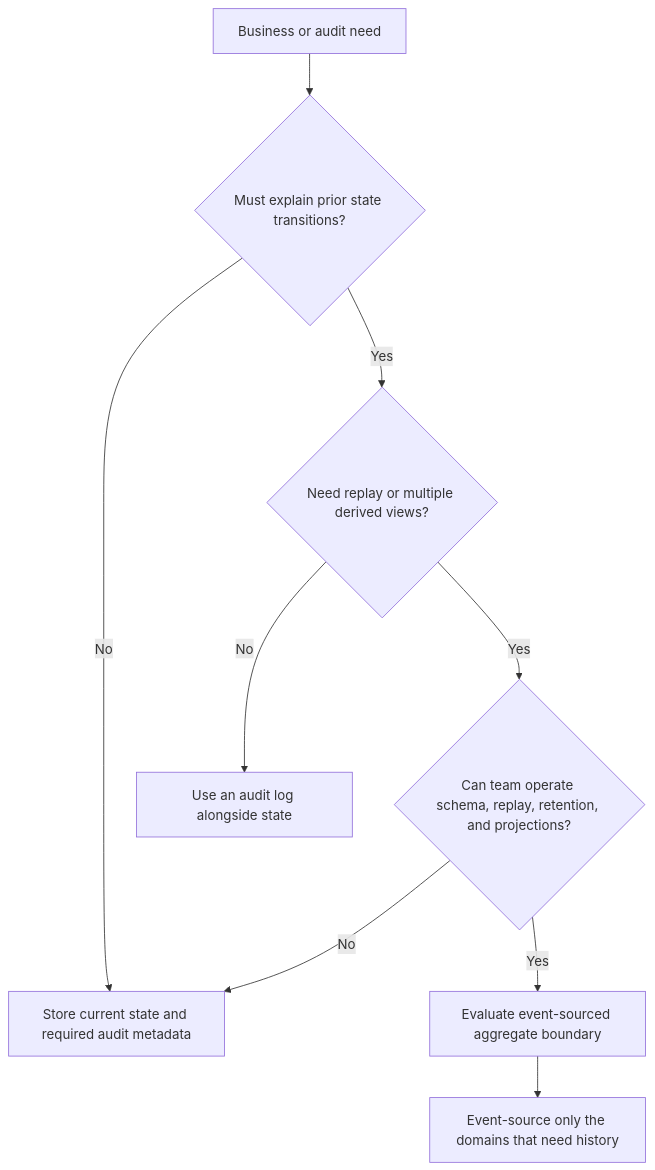
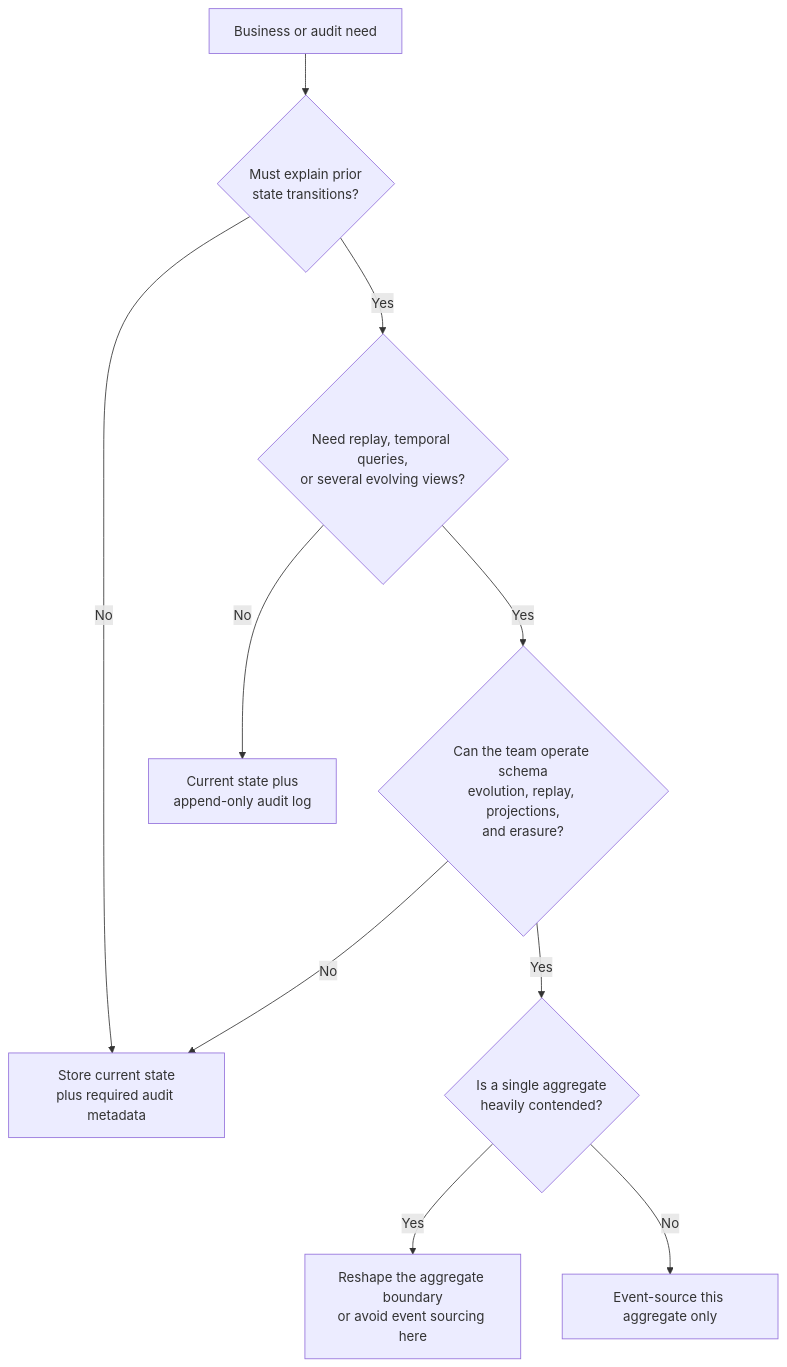
Before and after one commit to joydasss/Architect: the first of 16 diagrams in 20_Architecture_Patterns/CH11_Event_Sourcing.md, drawn with Mermaid. The commit also changed other lines of this file and 295 other files, not shown here.

````diff
--- a/20_Architecture_Patterns/CH11_Event_Sourcing.md
+++ b/20_Architecture_Patterns/CH11_Event_Sourcing.md
@@ -11,11 +53,12 @@
 ```mermaid
 flowchart TD
-    Need[Business or audit need] --> History{Must explain prior state transitions?}
-    History -->|No| State[Store current state and required audit metadata]
-    History -->|Yes| Rebuild{Need replay or multiple derived views?}
-    Rebuild -->|No| Audit[Use an audit log alongside state]
-    Rebuild -->|Yes| Cost{Can team operate schema, replay, retention, and projections?}
+    Need["Business or audit need"] --> History{"Must explain prior<br/>state transitions?"}
+    History -->|No| State["Store current state<br/>plus required audit metadata"]
+    History -->|Yes| Rebuild{"Need replay, temporal queries,<br/>or several evolving views?"}
+    Rebuild -->|No| Audit["Current state plus<br/>append-only audit log"]
+    Rebuild -->|Yes| Cost{"Can the team operate schema<br/>evolution, replay, projections,<br/>and erasure?"}
     Cost -->|No| State
-    Cost -->|Yes| EventStore[Evaluate event-sourced aggregate boundary]
-    EventStore --> Limit[Event-source only the domains that need history]
+    Cost -->|Yes| Hot{"Is a single aggregate<br/>heavily contended?"}
+    Hot -->|Yes| Reshape["Reshape the aggregate boundary<br/>or avoid event sourcing here"]
+    Hot -->|No| ES["Event-source this aggregate only"]
 ```
````
